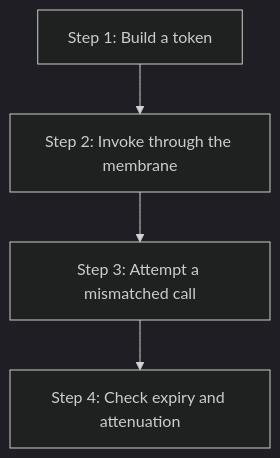
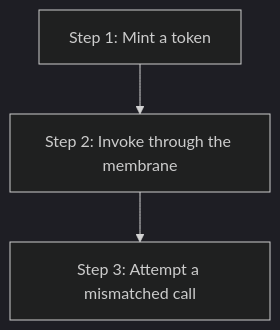
One commit to mdz-axo/zed-kask changed the diagram in kask/docs/diataxis/hkask-capability/tutorial.md. Above: the diagram before and after it, drawn with Mermaid (dark theme). The commit also changed other lines of this file and 8 other files, not shown here.

First line of the commit message:
Remove dead OCAP config and token attenuation docs

````diff
--- a/kask/docs/diataxis/hkask-capability/tutorial.md
+++ b/kask/docs/diataxis/hkask-capability/tutorial.md
@@ -20,6 +20,5 @@
 ```mermaid
 flowchart TD
-    A[Step 1: Build a token] --> B[Step 2: Invoke through the membrane]
+    A[Step 1: Mint a token] --> B[Step 2: Invoke through the membrane]
     B --> C[Step 3: Attempt a mismatched call]
-    C --> D[Step 4: Check expiry and attenuation]
 ```
````
